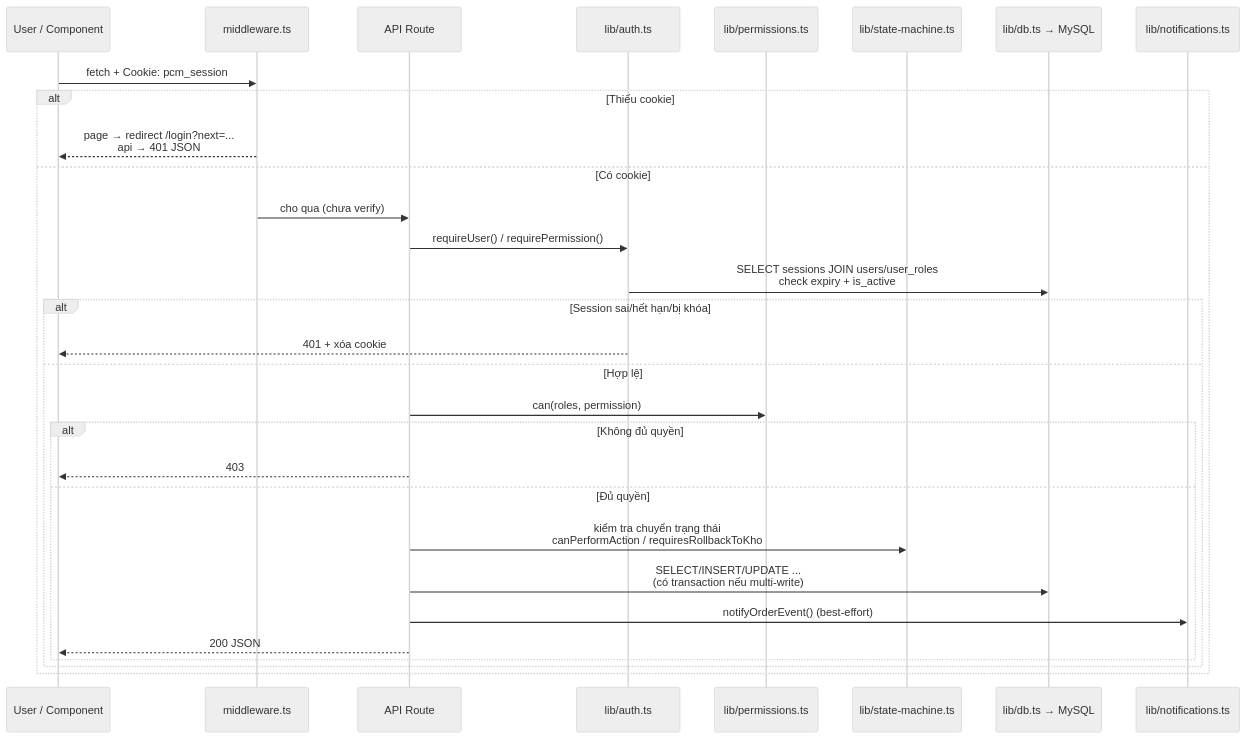
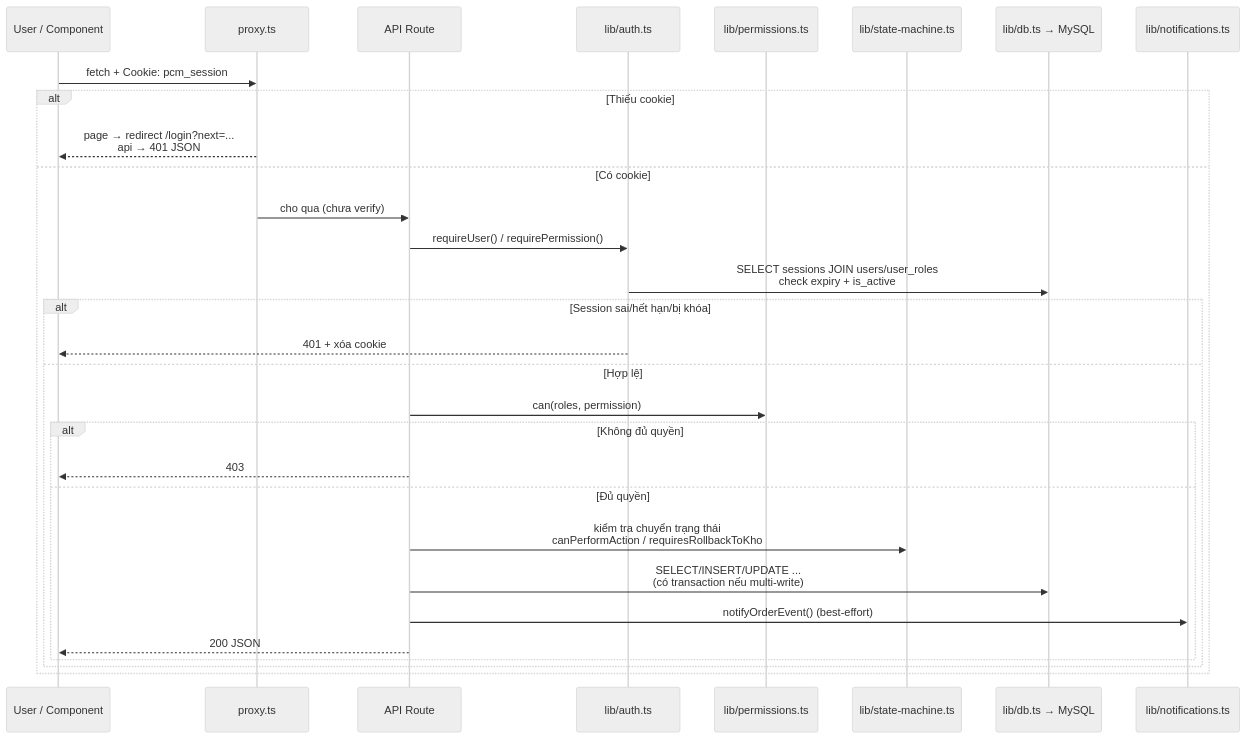
The second of 8 diagrams in docs/PROJECT-GUIDE.md (ngducnhatt/pcm-vanhanh), drawn with Mermaid (neutral theme) before and after one commit. The commit also changed other lines of this file and 56 other files, not shown here.

````diff
--- a/docs/PROJECT-GUIDE.md
+++ b/docs/PROJECT-GUIDE.md
@@ -106,33 +106,33 @@
 ```mermaid
 sequenceDiagram
     participant U as User / Component
-    participant M as middleware.ts
+    participant M as proxy.ts
     participant R as API Route
     participant A as lib/auth.ts
     participant P as lib/permissions.ts
     participant S as lib/state-machine.ts
     participant D as lib/db.ts → MySQL
     participant N as lib/notifications.ts
 
     U->>M: fetch + Cookie: pcm_session
     alt Thiếu cookie
         M-->>U: page → redirect /login?next=...<br/>api → 401 JSON
     else Có cookie
         M->>R: cho qua (chưa verify)
         R->>A: requireUser() / requirePermission()
         A->>D: SELECT sessions JOIN users/user_roles<br/>check expiry + is_active
         alt Session sai/hết hạn/bị khóa
             A-->>U: 401 + xóa cookie
         else Hợp lệ
             R->>P: can(roles, permission)
             alt Không đủ quyền
                 R-->>U: 403
             else Đủ quyền
                 R->>S: kiểm tra chuyển trạng thái<br/>canPerformAction / requiresRollbackToKho
                 R->>D: SELECT/INSERT/UPDATE ...<br/>(có transaction nếu multi-write)
                 R->>N: notifyOrderEvent() (best-effort)
                 R-->>U: 200 JSON
             end
         end
     end
 ```
````
